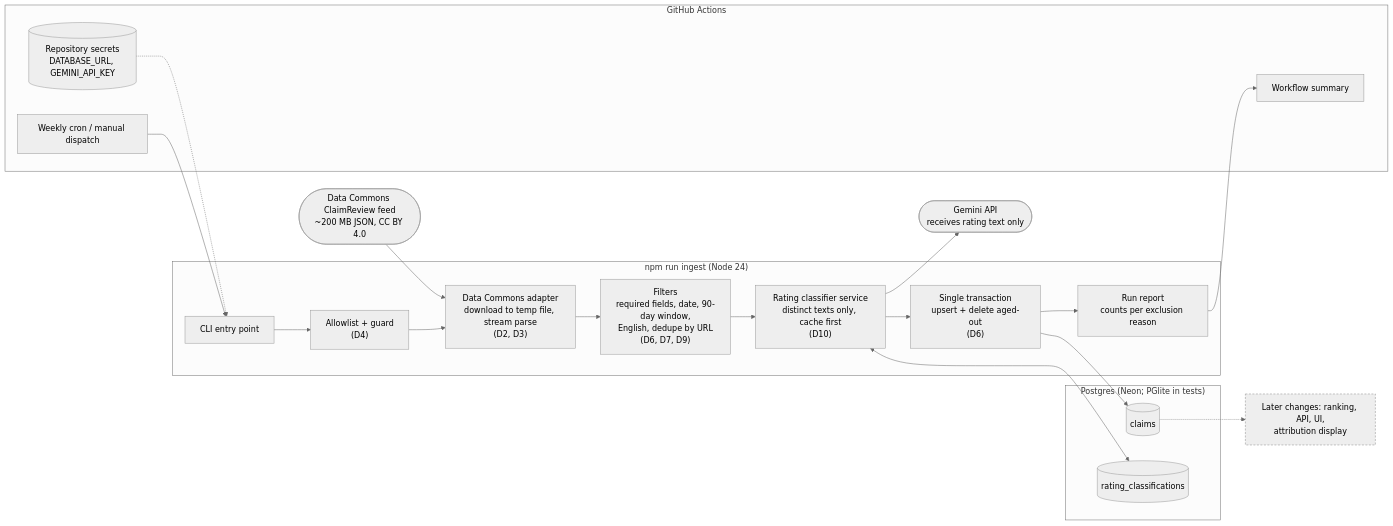
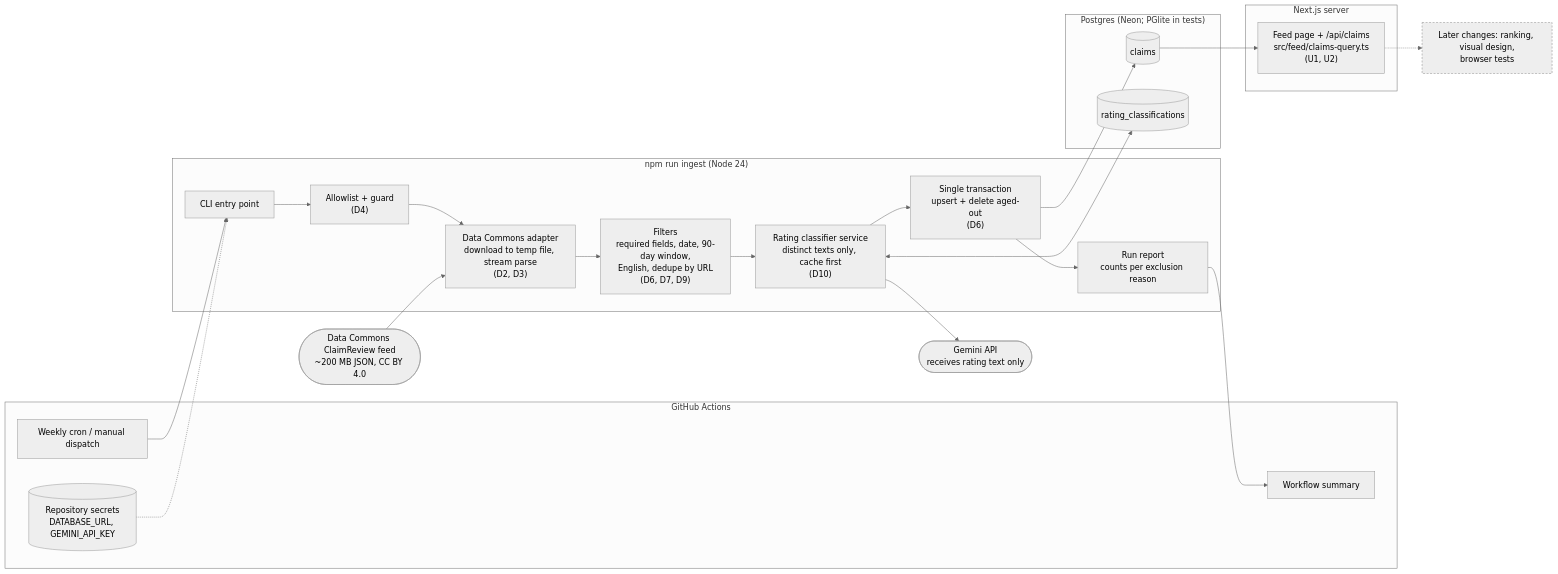
Before and after one commit to mathiasVoelcker/fact-check-feed: the first of 2 diagrams in docs/architecture.md, drawn with Mermaid (neutral theme). The commit also changed other lines of this file and 27 other files, not shown here.

````diff
--- a/docs/architecture.md
+++ b/docs/architecture.md
@@ -17,41 +18,46 @@
 ```mermaid
 flowchart LR
   subgraph GH["GitHub Actions"]
     SCHED["Weekly cron / manual dispatch"]
     SECRETS[("Repository secrets<br/>DATABASE_URL, GEMINI_API_KEY")]
     SUMMARY["Workflow summary"]
   end
 
   subgraph APP["npm run ingest (Node 24)"]
     CLI["CLI entry point"]
     ALLOW["Allowlist + guard<br/>(D4)"]
     ADAPTER["Data Commons adapter<br/>download to temp file, stream parse<br/>(D2, D3)"]
     FILTERS["Filters<br/>required fields, date, 90-day window,<br/>English, dedupe by URL<br/>(D6, D7, D9)"]
     CLASSIFY["Rating classifier service<br/>distinct texts only, cache first<br/>(D10)"]
     STORE["Single transaction<br/>upsert + delete aged-out<br/>(D6)"]
     REPORT["Run report<br/>counts per exclusion reason"]
   end
 
   FEED(["Data Commons ClaimReview feed<br/>~200 MB JSON, CC BY 4.0"])
   LLM(["Gemini API<br/>receives rating text only"])
 
   subgraph DB["Postgres (Neon; PGlite in tests)"]
     CLAIMS[("claims")]
     CACHE[("rating_classifications")]
   end
 
-  LATER["Later changes: ranking, API, UI,<br/>attribution display"]
+  subgraph WEB["Next.js server"]
+    FEED_PAGE["Feed page + /api/claims<br/>src/feed/claims-query.ts<br/>(U1, U2)"]
+  end
+
+  LATER["Later changes: ranking, visual design,<br/>browser tests"]
 
   SCHED --> CLI
   SECRETS -.-> CLI
   CLI --> ALLOW --> ADAPTER
   FEED --> ADAPTER
   ADAPTER --> FILTERS --> CLASSIFY --> STORE --> CLAIMS
   CLASSIFY <--> CACHE
   CLASSIFY --> LLM
   STORE --> REPORT --> SUMMARY
-  CLAIMS -.-> LATER
+  CLAIMS --> FEED_PAGE
+  FEED_PAGE -.-> LATER
 
   classDef external fill:#eee,stroke:#888,stroke-dasharray: 4 3;
   class LATER external;
 ```
````
